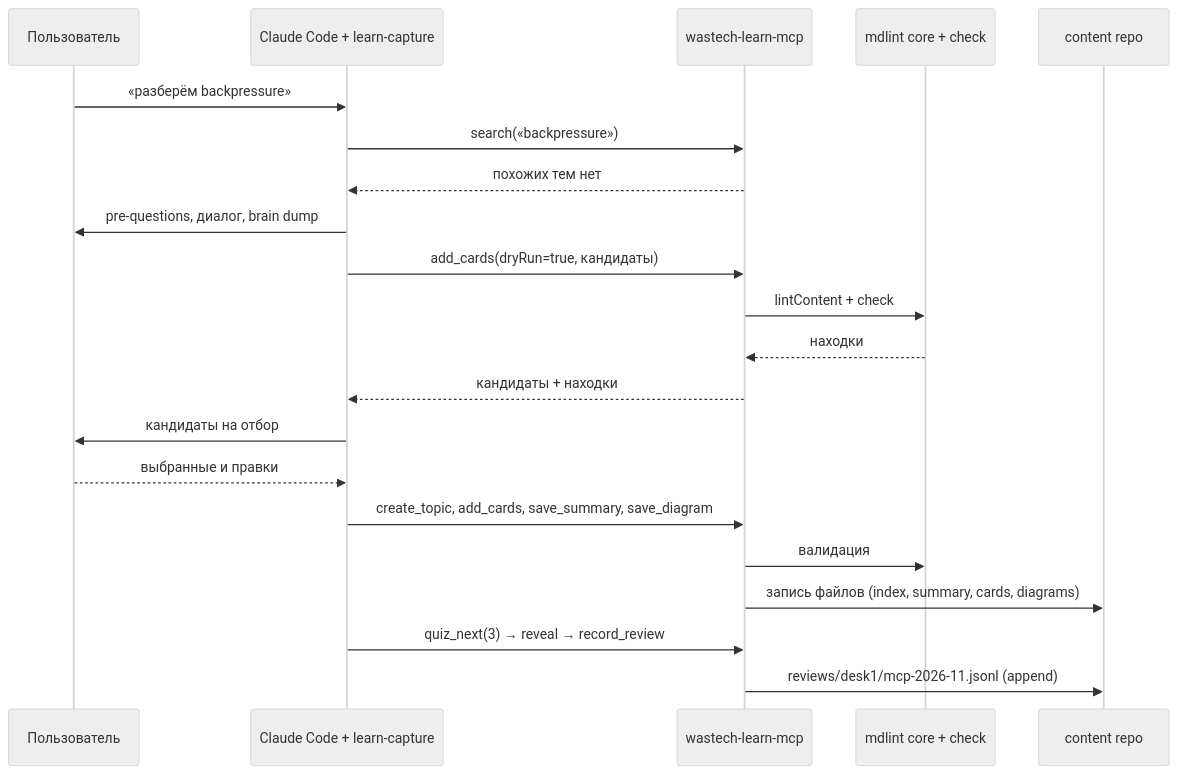
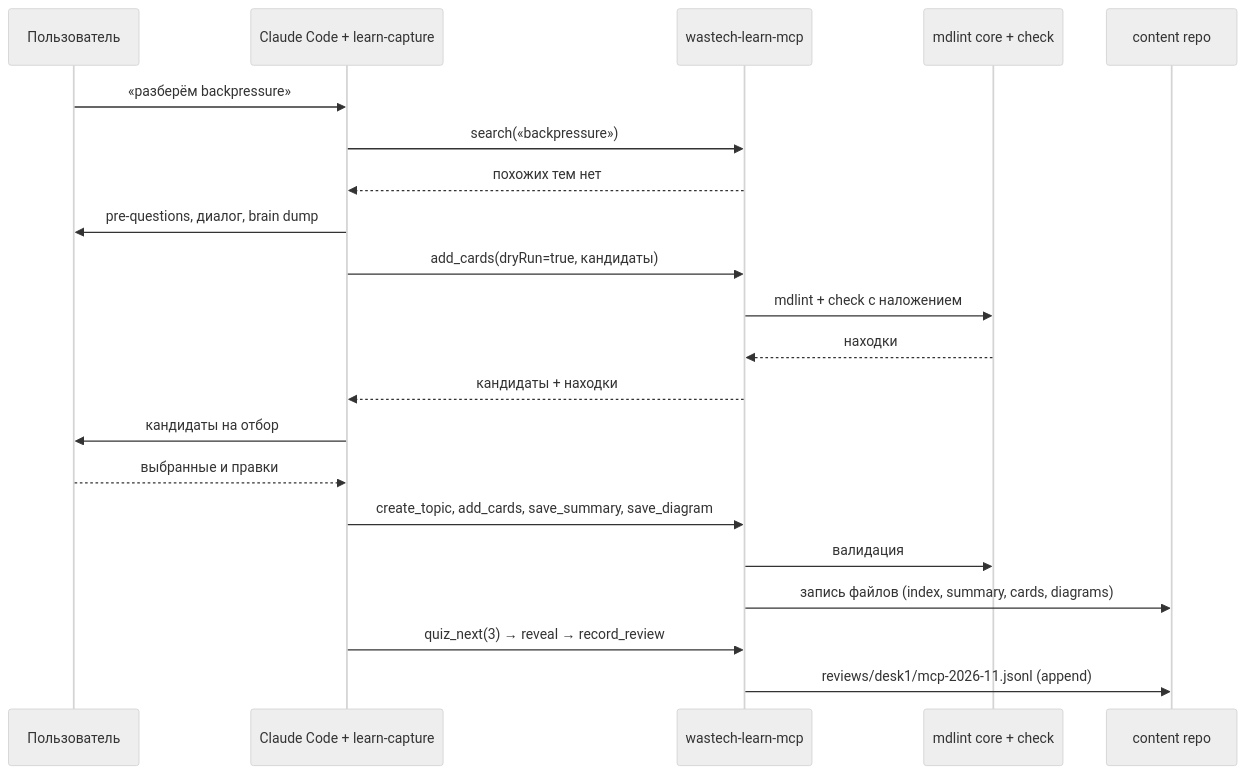
The first of 4 diagrams in docs/architecture/data-flows.md (VladimirMakarevich/wastech-learn), drawn with Mermaid (neutral theme) before and after one commit. The commit also changed other lines of this file and 121 other files, not shown here.

````diff
--- a/docs/architecture/data-flows.md
+++ b/docs/architecture/data-flows.md
@@ -7,23 +7,23 @@
 ```mermaid
 sequenceDiagram
   participant U as Пользователь
   participant CC as Claude Code + learn-capture
   participant M as wastech-learn-mcp
   participant L as mdlint core + check
   participant R as content repo
   U->>CC: «разберём backpressure»
   CC->>M: search(«backpressure»)
   M-->>CC: похожих тем нет
   CC->>U: pre-questions, диалог, brain dump
   CC->>M: add_cards(dryRun=true, кандидаты)
-  M->>L: lintContent + check
+  M->>L: mdlint + check с наложением
   L-->>M: находки
   M-->>CC: кандидаты + находки
   CC->>U: кандидаты на отбор
   U-->>CC: выбранные и правки
   CC->>M: create_topic, add_cards, save_summary, save_diagram
   M->>L: валидация
   M->>R: запись файлов (index, summary, cards, diagrams)
   CC->>M: quiz_next(3) → reveal → record_review
   M->>R: reviews/desk1/mcp-2026-11.jsonl (append)
 ```
````
